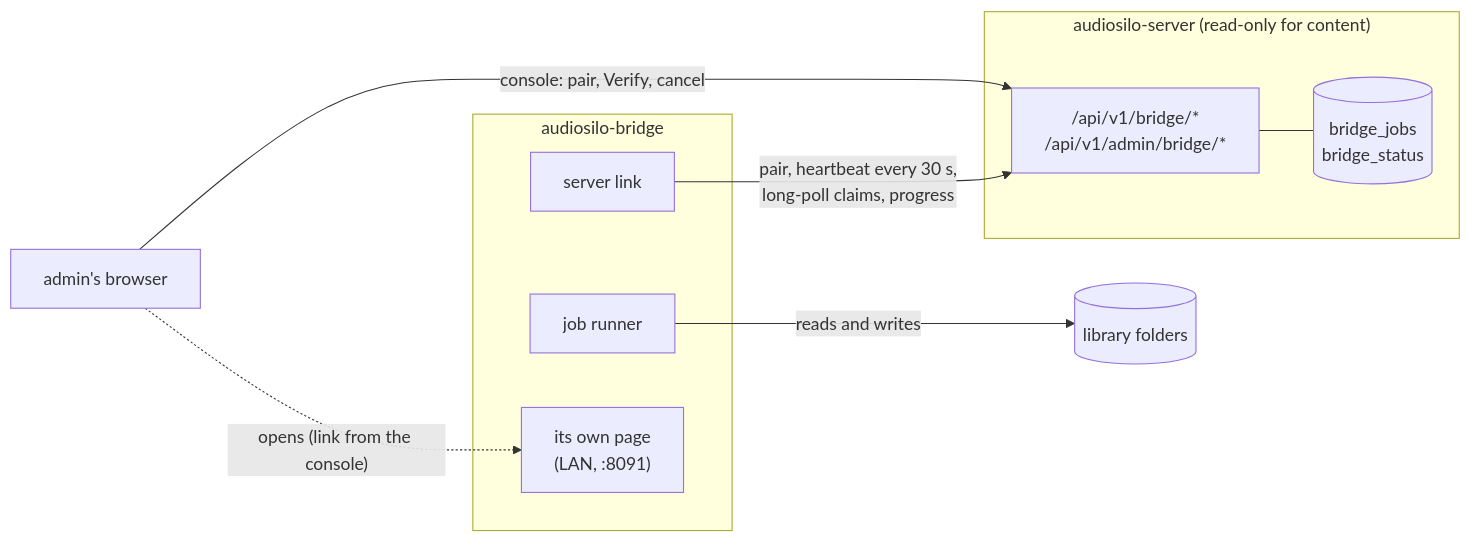
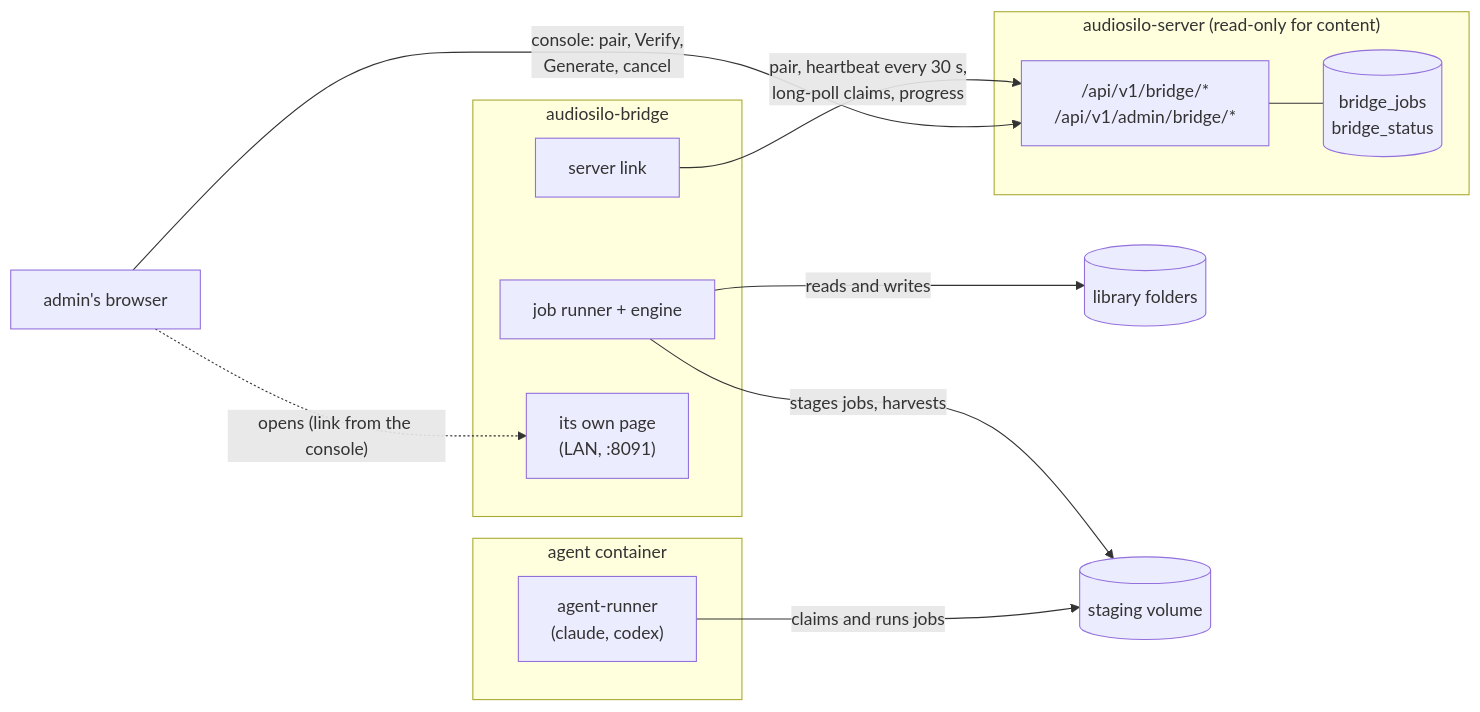
Before and after one commit to KodeStar/audiosilo-docs: the diagram in docs-developers/bridge/index.md, drawn with Mermaid. The commit also changed other lines of this file and 38 other files, not shown here.

Commit message:
Bridge Phase 1a: generating characters and recaps, the agent container, .audiosilo/ attachments

````diff
--- a/docs-developers/bridge/index.md
+++ b/docs-developers/bridge/index.md
@@ -43,20 +46,26 @@
 ```mermaid
 flowchart LR
     subgraph srv["audiosilo-server (read-only for content)"]
         api["/api/v1/bridge/*<br/>/api/v1/admin/bridge/*"]
         jobs[("bridge_jobs<br/>bridge_status")]
         api --- jobs
     end
     subgraph br["audiosilo-bridge"]
         link["server link"]
-        runner["job runner"]
+        runner["job runner + engine"]
         page["its own page<br/>(LAN, :8091)"]
     end
+    subgraph ag["agent container"]
+        agent["agent-runner<br/>(claude, codex)"]
+    end
     files[("library folders")]
+    staging[("staging volume")]
     admin["admin's browser"]
 
     link -->|"pair, heartbeat every 30 s,<br/>long-poll claims, progress"| api
     runner -->|"reads and writes"| files
-    admin -->|"console: pair, Verify, cancel"| api
+    runner -->|"stages jobs, harvests"| staging
+    agent -->|"claims and runs jobs"| staging
+    admin -->|"console: pair, Verify,<br/>Generate, cancel"| api
     admin -.->|"opens (link from the console)"| page
 ```
````
